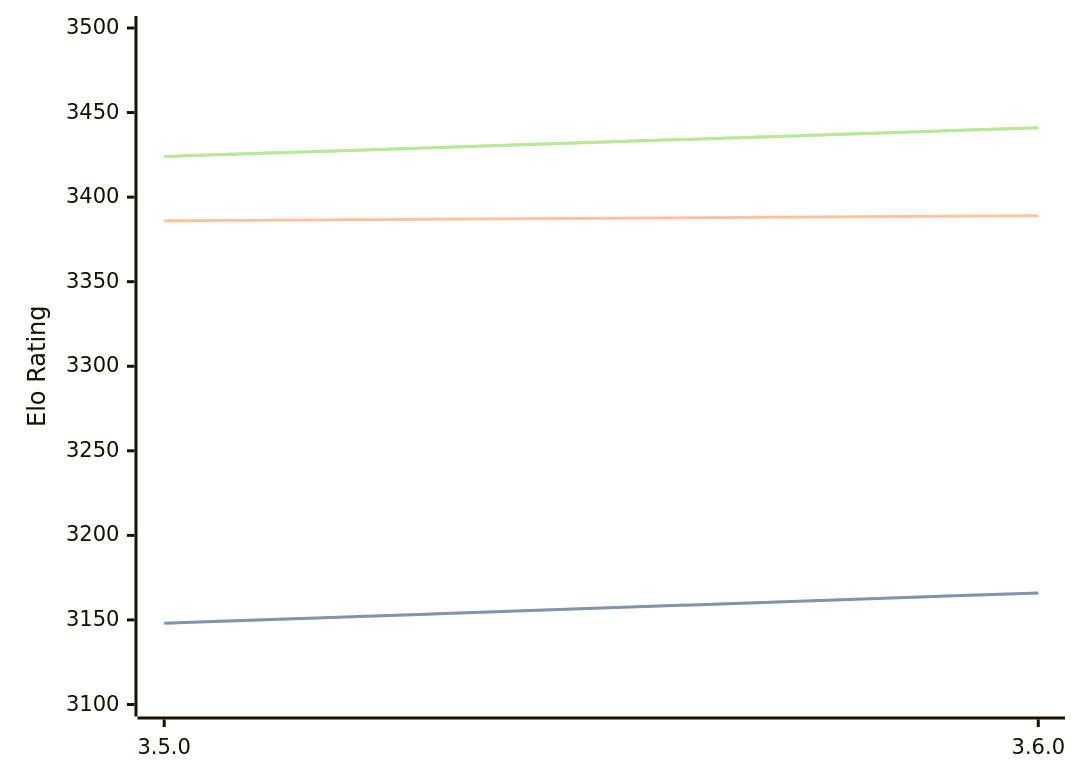
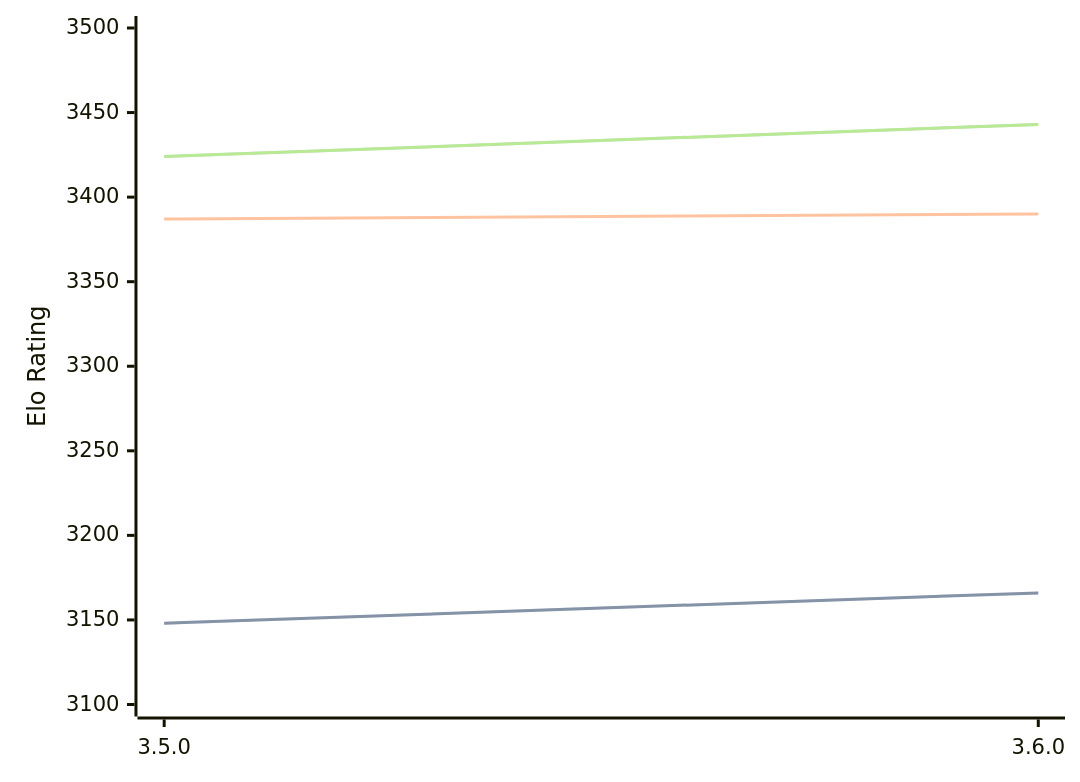
The first of 3 diagrams in engines/Igel.md (computer-chess-index/cci), drawn with Mermaid before and after one commit. The commit also changed other lines of this file, not shown here.

Commit message:
Update CCI Ratings (ELO VLTC) - 2026-06-15

````diff
--- a/engines/Igel.md
+++ b/engines/Igel.md
@@ -68,11 +68,11 @@
 ```mermaid
 %%{init: {"theme":"base","themeVariables":{"seriesColors:['#a3a3a3','#222221','#faa371']}}}%%
 xychart-beta
   x-axis ["3.5.0", "3.6.0"]
   y-axis "Elo Rating" 3100 --> 3500
   line "STC (8.0+0.08s)" [3148, 3166]
   line "STC (8.0+0.08s)" [3148, 3166]
-  line "LTC (60.0+0.60s)" [3386, 3389]
-  line "VLTC (2m24s+1.12s)" [3424, 3441]
-  line "VLTC (2m24s+1.12s)" [3424, 3441]
+  line "LTC (60.0+0.60s)" [3387, 3390]
+  line "VLTC (2m24s+1.12s)" [3424, 3443]
+  line "VLTC (2m24s+1.12s)" [3424, 3443]
 ```
````
